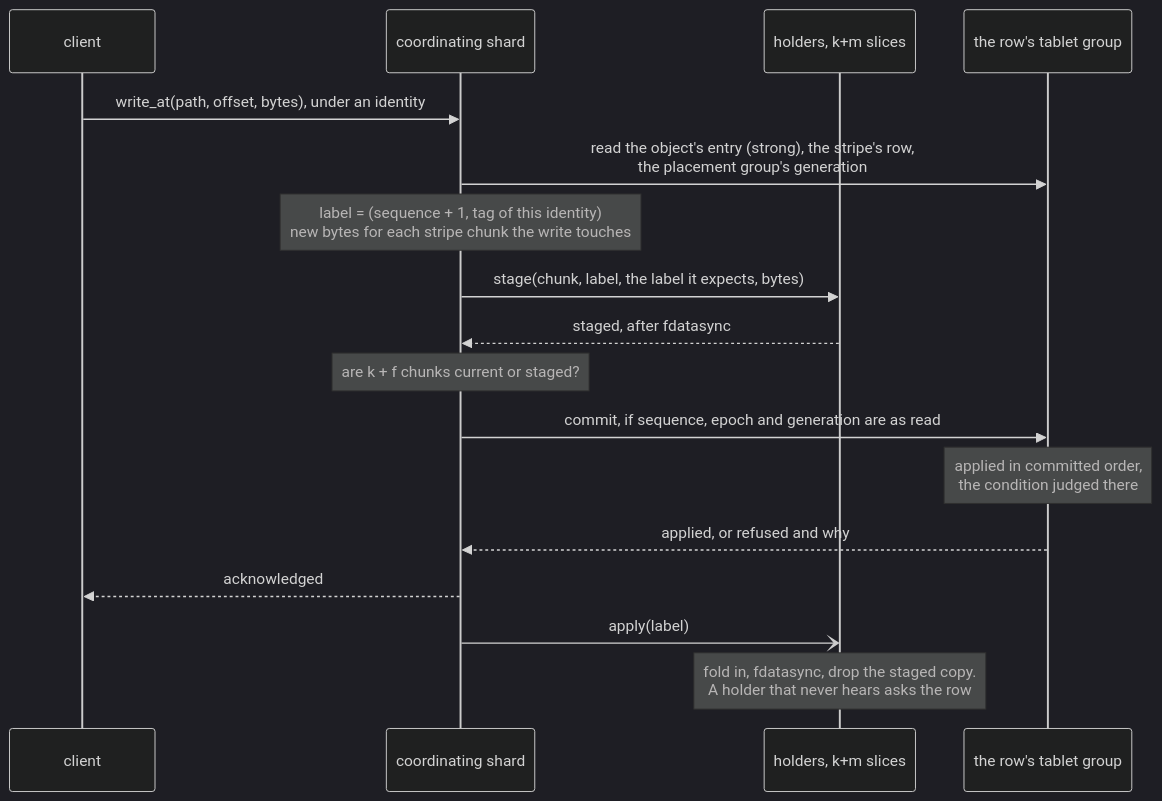
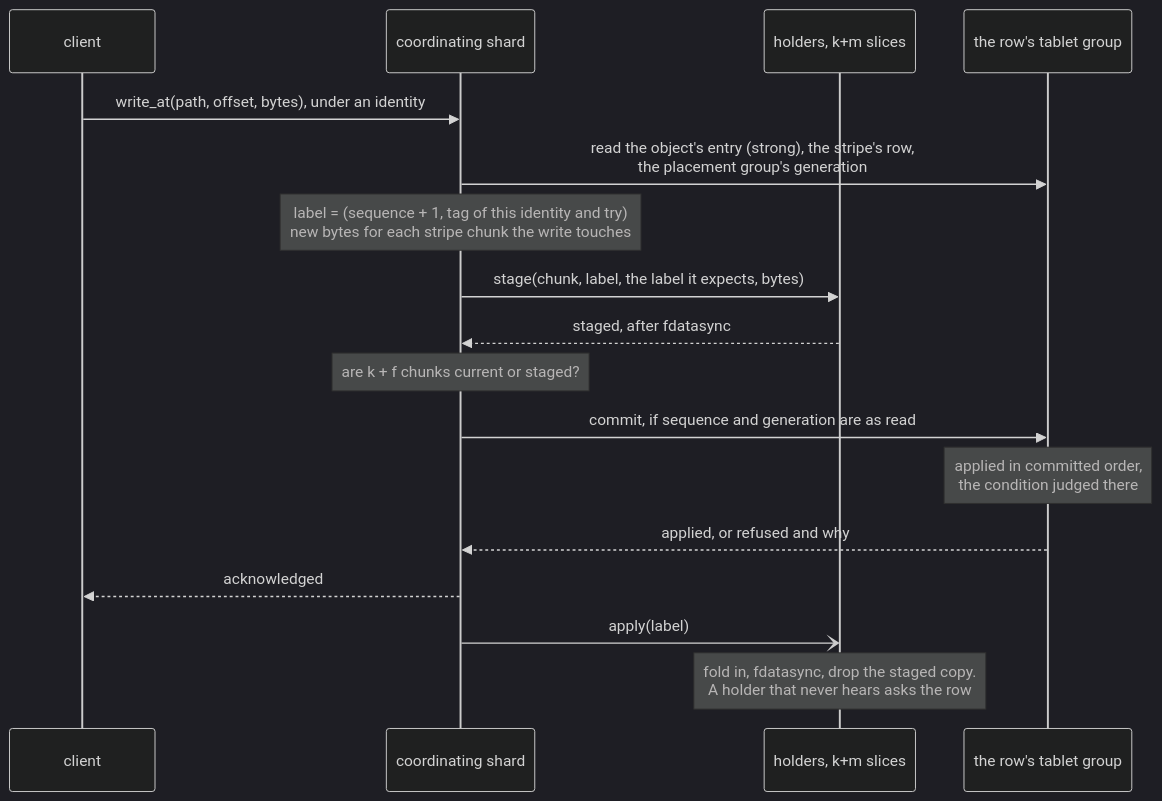
Before and after one commit to mjcarson/shoal: the diagram in docs/src/object-storage/write-path.md, drawn with Mermaid (dark theme). The commit also changed other lines of this file and 73 other files, not shown here.

````diff
--- a/docs/src/object-storage/write-path.md
+++ b/docs/src/object-storage/write-path.md
@@ -97,19 +97,19 @@
 ```mermaid
 sequenceDiagram
     participant C as client
     participant N as coordinating shard
     participant H as holders, k+m slices
     participant G as the row's tablet group
     C->>N: write_at(path, offset, bytes), under an identity
     N->>G: read the object's entry (strong), the stripe's row,<br/>the placement group's generation
-    Note over N: label = (sequence + 1, tag of this identity)<br/>new bytes for each stripe chunk the write touches
+    Note over N: label = (sequence + 1, tag of this identity and try)<br/>new bytes for each stripe chunk the write touches
     N->>H: stage(chunk, label, the label it expects, bytes)
     H-->>N: staged, after fdatasync
     Note over N: are k + f chunks current or staged?
-    N->>G: commit, if sequence, epoch and generation are as read
+    N->>G: commit, if sequence and generation are as read
     Note over G: applied in committed order,<br/>the condition judged there
     G-->>N: applied, or refused and why
     N-->>C: acknowledged
     N-)H: apply(label)
     Note over H: fold in, fdatasync, drop the staged copy.<br/>A holder that never hears asks the row
 ```
````
